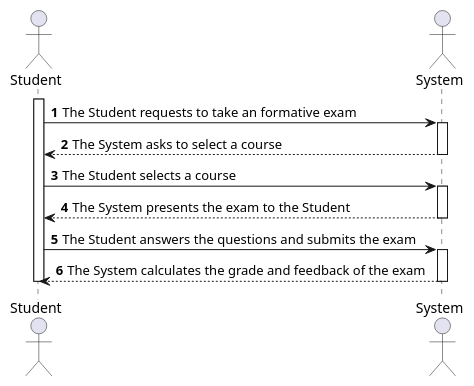
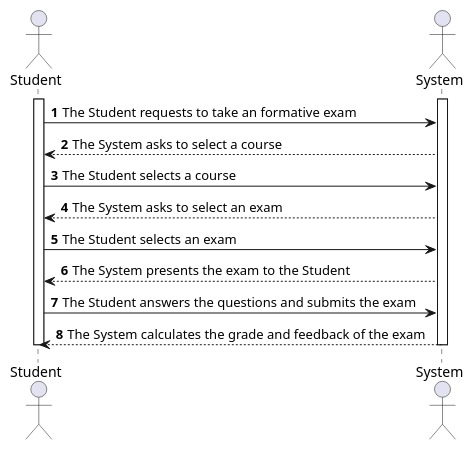
The diagram in docs/sprint-c/us39-2009/US2009_SSD.puml (miseEnPlace-dev/lapr4), drawn with PlantUML before and after one commit.

Commit message:
docs: updated ssd (#53)

```diff
--- a/docs/sprint-c/us39-2009/US2009_SSD.puml
+++ b/docs/sprint-c/us39-2009/US2009_SSD.puml
@@ -1,29 +1,29 @@
 @startuml US2009_SSD
 autonumber
 
 actor Student as "Student"
 actor System as "System"
 
 activate Student
+activate System
 
 Student -> System : The Student requests to take an formative exam
-activate System
 
 System --> Student : The System asks to select a course
-deactivate System
 
 Student -> System : The Student selects a course
-activate System
+
+System --> Student : The System asks to select an exam
+
+Student -> System : The Student selects an exam
 
 System --> Student : The System presents the exam to the Student
-deactivate System
 
 Student -> System : The Student answers the questions and submits the exam
-activate System
 
 System --> Student : The System calculates the grade and feedback of the exam
+
 deactivate System
-
 deactivate Student
 
 @enduml
```
